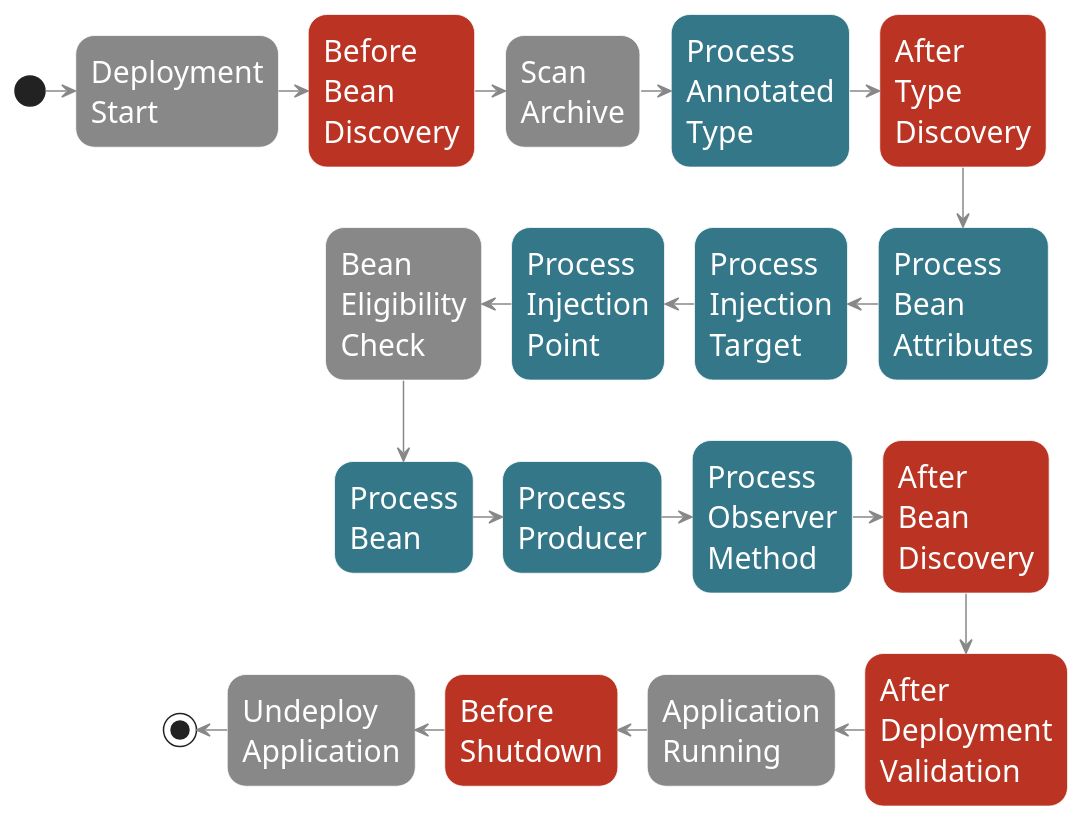
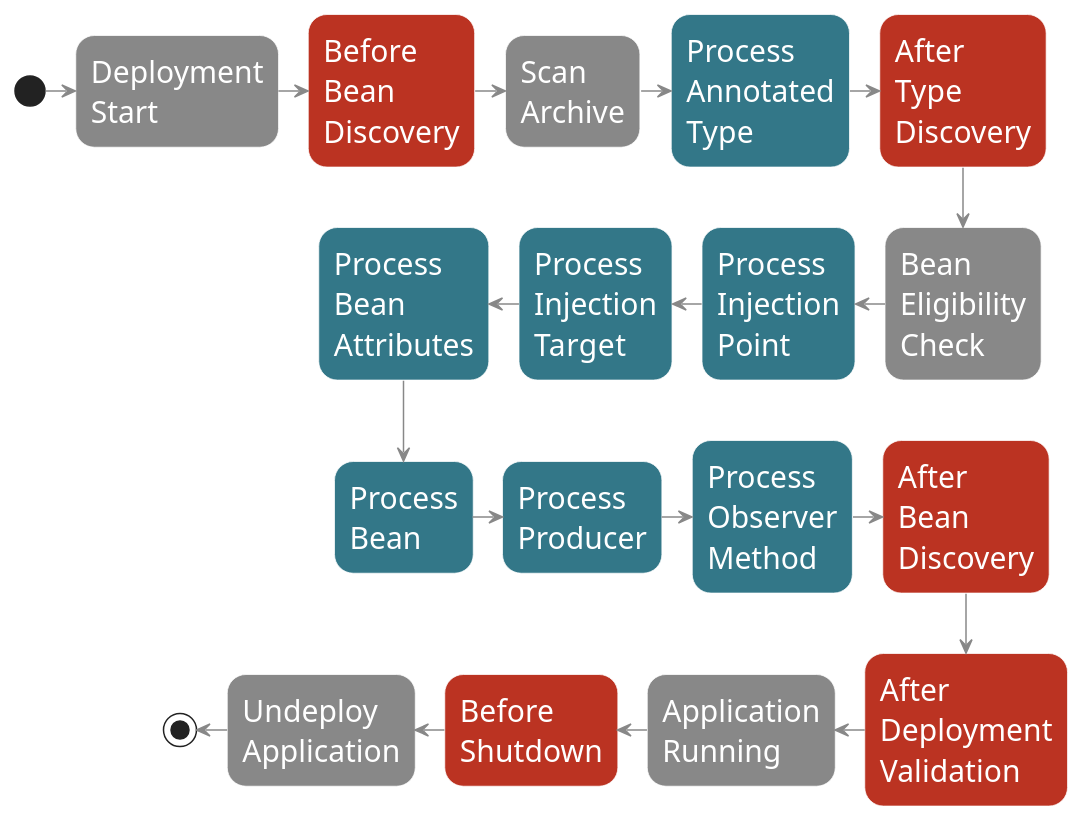
One commit to astefanutti/further-cdi changed the first of 2 diagrams in slides.adoc. Above: the diagram before and after it, drawn with PlantUML. The commit also changed 2 other files, not shown here.

Commit message:
Lifecycle schema correction in all occurences

```diff
--- a/slides.adoc
+++ b/slides.adoc
@@ -167,41 +167,41 @@
 [plantuml, "lifecycle-simple", "svg", height="85%", width="95%"]
 ----
 @startuml
 
 skinparam shadowing false
 skinparam backgroundColor transparent
 skinparam defaultFontName Consolas
 
 skinparam activity {
   BackgroundColor #337788
   BackgroundColor<< Internal >> #888888
   BackgroundColor<< Once >> #BB3322
   ArrowColor #888888
   BarColor #888888
   BorderColor White
   FontName Consolas
   FontColor White
   FontSize 20
 }
 
 (*) -right-> "Deployment\nStart" << Internal >>
 -right-> "Before\nBean\nDiscovery" << Once >>
 -right-> "Scan\nArchive" << Internal >>
 -right-> "Process\nAnnotated\nType"
 -right-> "After\nType\nDiscovery" << Once >>
--down-> "Process\nBean\nAttributes"
+-down-> "Bean\nEligibility\nCheck" << Internal >>
+-left-> "Process\nInjection\nPoint"
 -left-> "Process\nInjection\nTarget"
--left-> "Process\nInjection\nPoint"
--left-> "Bean\nEligibility\nCheck" << Internal >>
+-left-> "Process\nBean\nAttributes"
 -down-> "Process\nBean"
 -right-> "Process\nProducer"
 -right-> "Process\nObserver\nMethod"
 -right-> "After\nBean\nDiscovery" << Once >>
 -down-> "After\nDeployment\nValidation" << Once >>
 -left-> "Application\nRunning" << Internal >>
 -left-> "Before\nShutdown" << Once >>
 -left-> "Undeploy\nApplication" << Internal >>
 -left-> (*)
 
 @enduml
 ----
```
